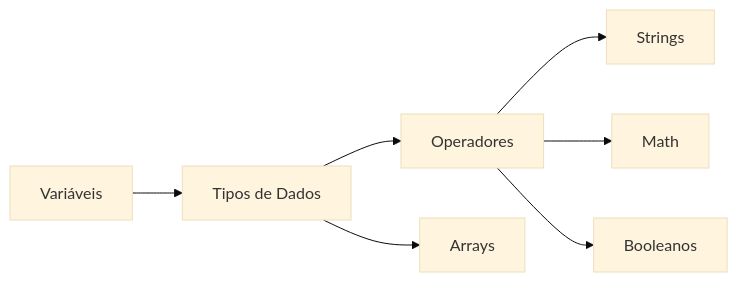
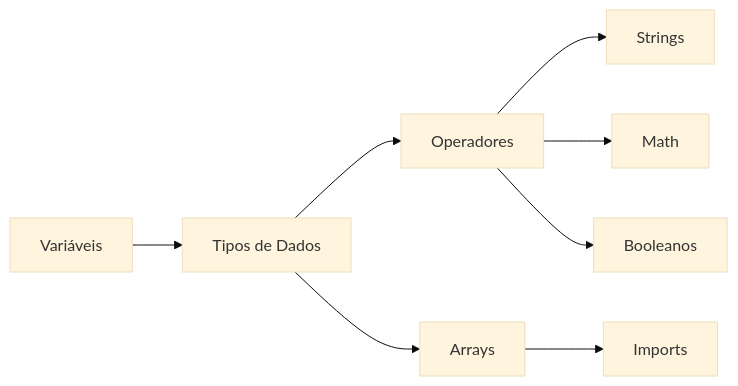
One commit to Nick-machado/java-study changed the fifth of 26 diagrams in README.md. Above: the diagram before and after it, drawn with Mermaid (base theme). The commit also changed other lines of this file and 3 other files, not shown here.

````diff
--- a/README.md
+++ b/README.md
@@ -190,9 +201,10 @@
 ```mermaid
 flowchart LR
     A["Variáveis"] --> B["Tipos de Dados"]
     B --> C["Operadores"]
     C --> D["Strings"]
     C --> E["Math"]
     C --> F["Booleanos"]
     B --> G["Arrays"]
+    G --> H["Imports"]
 ```
````
